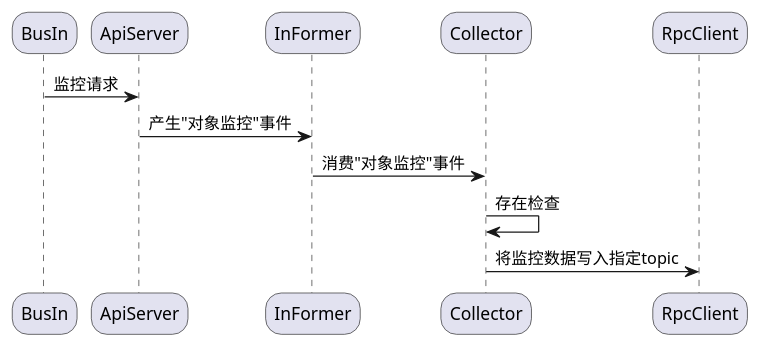
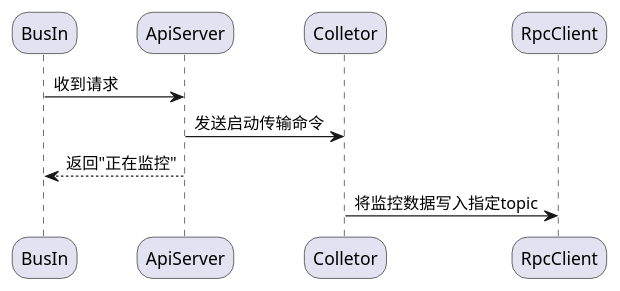
The seventh of 7 diagrams in WorkNote/Agent设计v2/执行代理V0.2-重构-草稿.md (Faione/note), drawn with PlantUML before and after one commit. The commit also changed other lines of this file and 1 other file, not shown here.

````diff
--- a/WorkNote/Agent设计v2/执行代理V0.2-重构-草稿.md
+++ b/WorkNote/Agent设计v2/执行代理V0.2-重构-草稿.md
@@ -247,19 +237,17 @@
 ```plantuml
 @startuml
 skinparam roundCorner 25
 skinparam responseMessageBelowArrow true
 
 participant BusIn as f1
 participant ApiServer as f2
-participant InFormer as f3
-participant Collector as f4
-participant RpcClient as f5
+participant Colletor as f3
+participant RpcClient as f4
 
 
-f1    ->     f2  :监控请求
-f2    ->     f3  :产生"对象监控"事件
-f3    ->     f4  :消费"对象监控"事件
-f4    ->     f4  :存在检查
-f4    ->     f5  :将监控数据写入指定topic
+f1    ->     f2  :收到请求
+f2    ->     f3  :发送启动传输命令
+f2    -->    f1  :返回"正在监控"
+f3    ->     f4  :将监控数据写入指定topic
 @enduml
 ```
````
